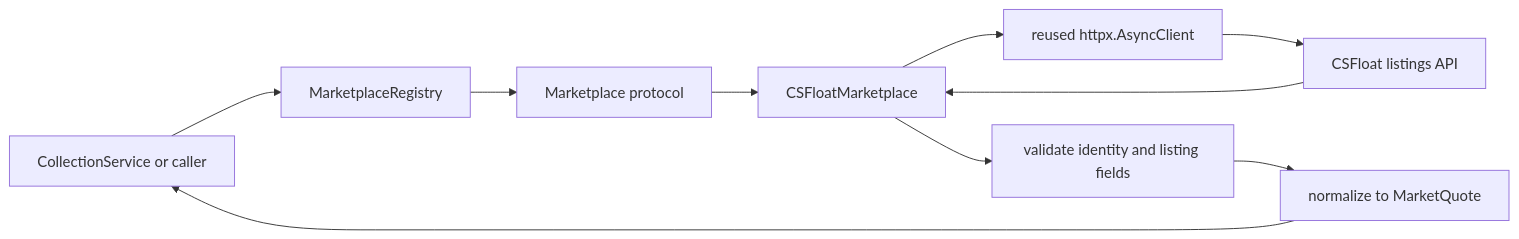
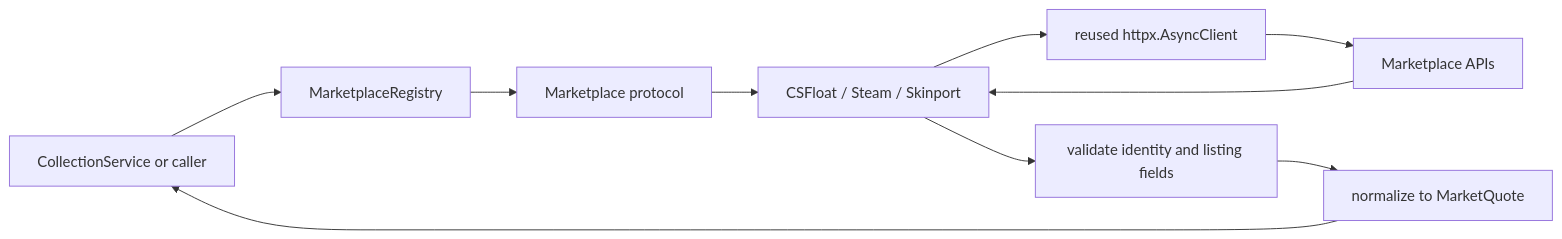
Before and after one commit to maciejL03/price-oracle: the diagram in backend/engine/marketplaces/README.md, drawn with Mermaid. The commit also changed other lines of this file and 22 other files, not shown here.

````diff
--- a/backend/engine/marketplaces/README.md
+++ b/backend/engine/marketplaces/README.md
@@ -14,12 +14,12 @@
 ```mermaid
 flowchart LR
     Caller[CollectionService or caller] --> Registry[MarketplaceRegistry]
     Registry --> Contract[Marketplace protocol]
-    Contract --> CSFloat[CSFloatMarketplace]
-    CSFloat --> Client[reused httpx.AsyncClient]
-    Client --> API[CSFloat listings API]
-    API --> CSFloat
-    CSFloat --> Validate[validate identity and listing fields]
+    Contract --> Providers[CSFloat / Steam / Skinport]
+    Providers --> Client[reused httpx.AsyncClient]
+    Client --> API[Marketplace APIs]
+    API --> Providers
+    Providers --> Validate[validate identity and listing fields]
     Validate --> Normalize[normalize to MarketQuote]
     Normalize --> Caller
 ```
````
